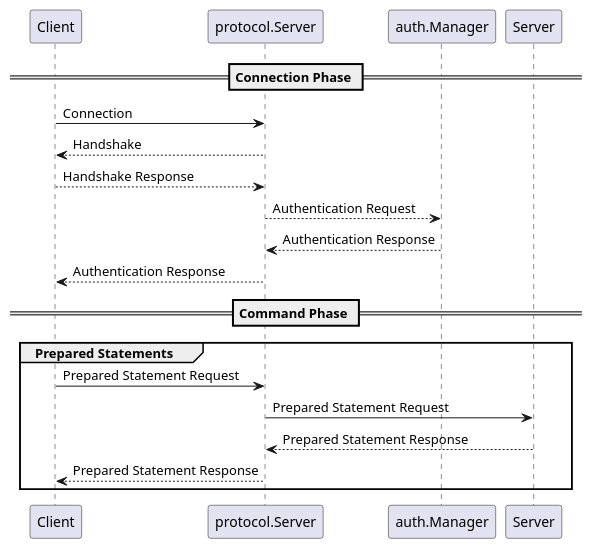
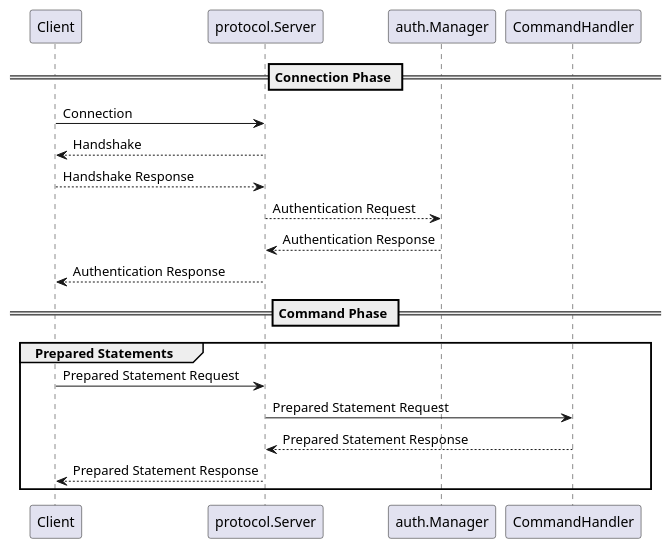
One commit to cybergarage/go-mysql changed the diagram in doc/img/sequence.puml. Above: the diagram before and after it, drawn with PlantUML.

Commit message:
Update images

```diff
--- a/doc/img/sequence.puml
+++ b/doc/img/sequence.puml
@@ -1,18 +1,18 @@
 @startuml sequence
 ' MySQL: Connection Phase
 ' https://dev.mysql.com/doc/dev/mysql-server/latest/page_protocol_connection_phase.html
 == Connection Phase ==
 Client -> protocol.Server : Connection
 protocol.Server --> Client: Handshake
 Client --> protocol.Server: Handshake Response
 protocol.Server --> auth.Manager: Authentication Request
 auth.Manager --> protocol.Server: Authentication Response
 protocol.Server --> Client: Authentication Response
 == Command Phase == 
 group Prepared Statements
-    Client -> protocol.Server: Prepared Statement Request
-    protocol.Server -> Server: Prepared Statement Request
-    Server --> protocol.Server: Prepared Statement Response
-    protocol.Server --> Client: Prepared Statement Response
+Client -> protocol.Server: Prepared Statement Request
+protocol.Server -> CommandHandler: Prepared Statement Request
+CommandHandler --> protocol.Server: Prepared Statement Response
+protocol.Server --> Client: Prepared Statement Response
 end
 @enduml
```
